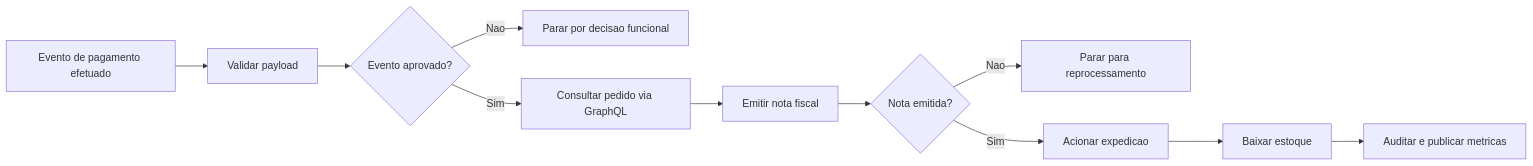
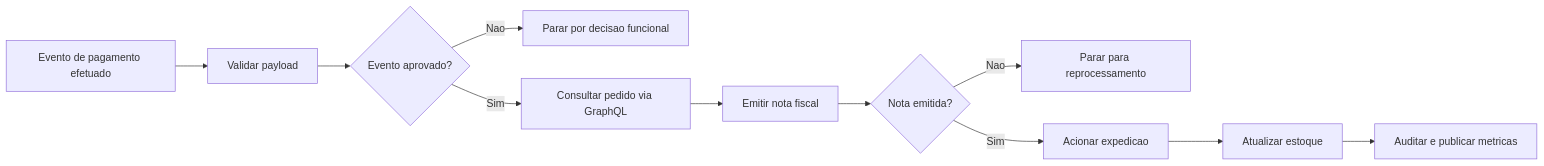
The fourth of 7 diagrams in DOCUMENTATION.md (raywall/routing-slip-pattern), drawn with Mermaid before and after one commit. The commit also changed other lines of this file and 13 other files, not shown here.

````diff
--- a/DOCUMENTATION.md
+++ b/DOCUMENTATION.md
@@ -648,13 +1042,13 @@
 ```mermaid
 flowchart LR
     A[Evento de pagamento efetuado] --> B[Validar payload]
     B --> C{Evento aprovado?}
     C -- Nao --> X[Parar por decisao funcional]
     C -- Sim --> D[Consultar pedido via GraphQL]
     D --> E[Emitir nota fiscal]
     E --> F{Nota emitida?}
     F -- Nao --> Y[Parar para reprocessamento]
     F -- Sim --> G[Acionar expedicao]
-    G --> H[Baixar estoque]
+    G --> H[Atualizar estoque]
     H --> I[Auditar e publicar metricas]
 ```
````
